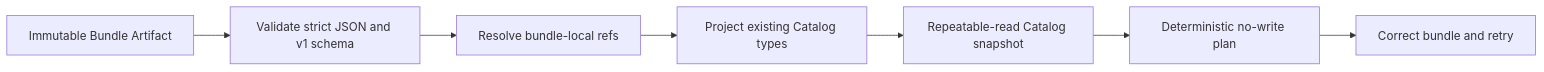
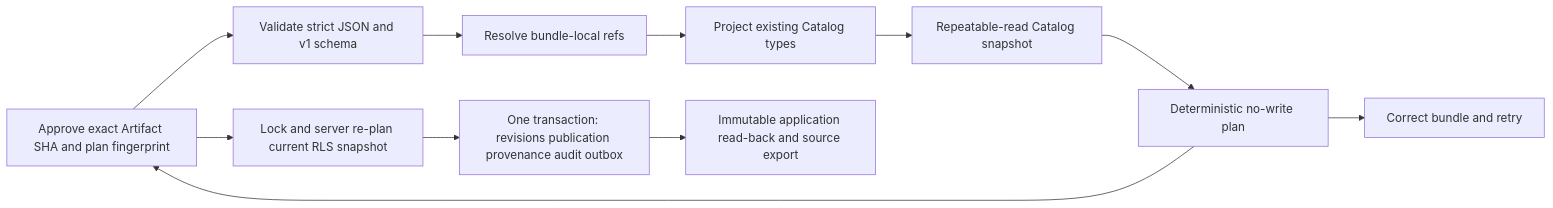
One commit to pikachu444/cae-material-platform changed the fifth of 5 diagrams in docs/05-architecture/system-architecture.md. Above: the diagram before and after it, drawn with Mermaid. The commit also changed other lines of this file and 41 other files, not shown here.

First line of the commit message:
catalog: atomically apply and export schema bundles (#237)

````diff
--- a/docs/05-architecture/system-architecture.md
+++ b/docs/05-architecture/system-architecture.md
@@ -333,9 +333,13 @@
 ```mermaid
 flowchart LR
     A[Immutable Bundle Artifact] --> V[Validate strict JSON and v1 schema]
     V --> R[Resolve bundle-local refs]
     R --> P[Project existing Catalog types]
     P --> S[Repeatable-read Catalog snapshot]
     S --> D[Deterministic no-write plan]
     D --> C[Correct bundle and retry]
+    D --> A[Approve exact Artifact SHA and plan fingerprint]
+    A --> L[Lock and server re-plan current RLS snapshot]
+    L --> T[One transaction: revisions publication provenance audit outbox]
+    T --> E[Immutable application read-back and source export]
 ```
````
